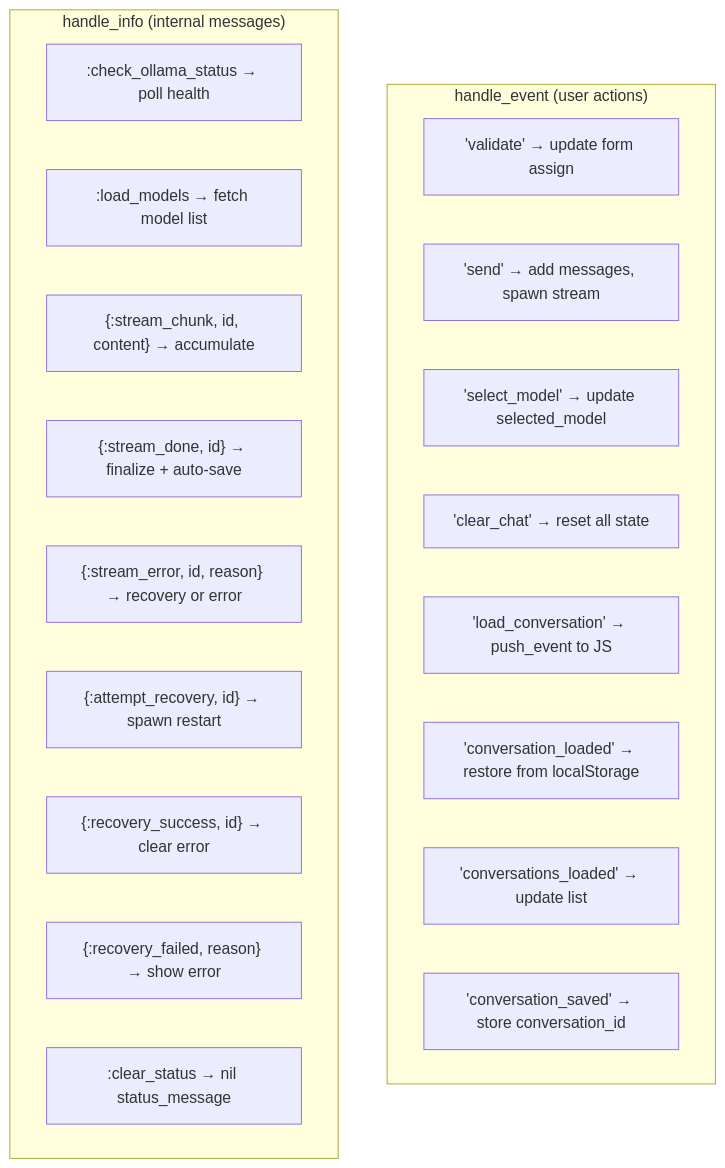
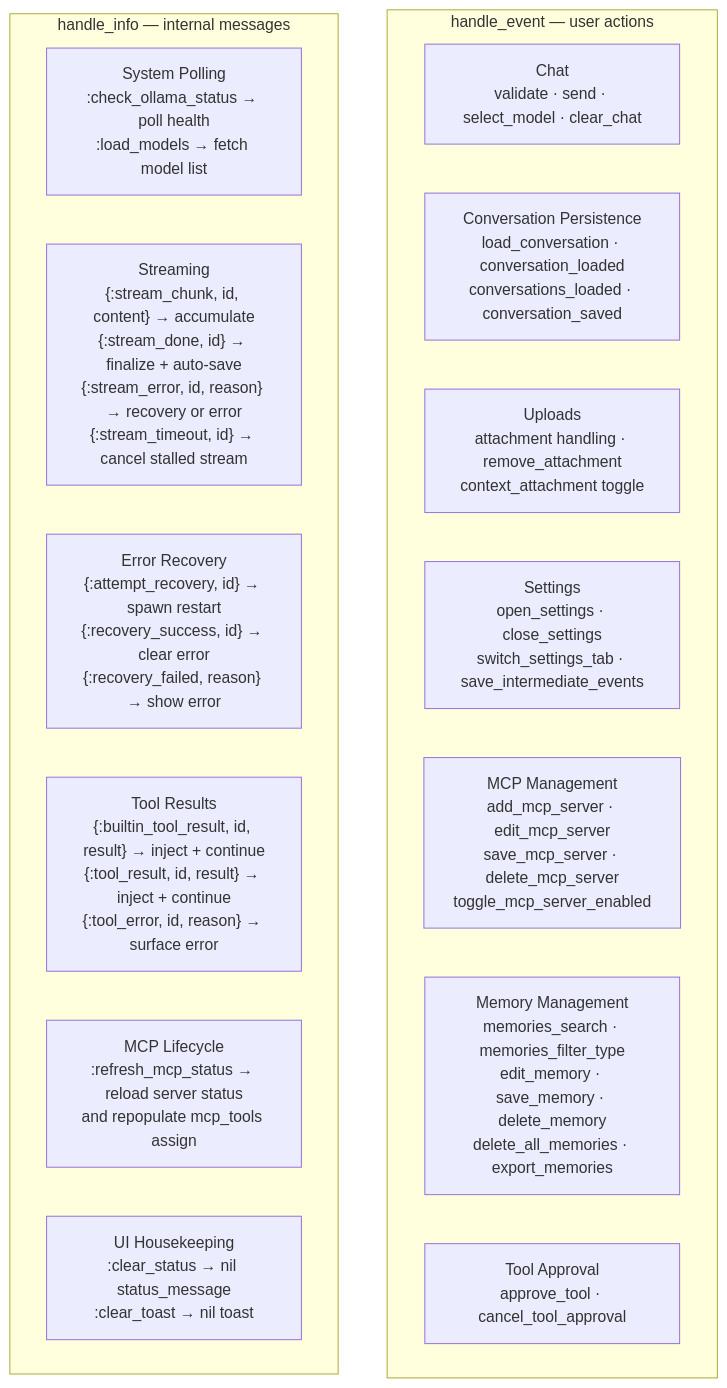
One commit to dmcbane/ollama_chat changed the second of 3 diagrams in docs/diagrams/05-liveview-state.md. Above: the diagram before and after it, drawn with Mermaid. The commit also changed other lines of this file and 5 other files, not shown here.

First line of the commit message:
docs: update diagrams and documentation for Phase 6 completion

````diff
--- a/docs/diagrams/05-liveview-state.md
+++ b/docs/diagrams/05-liveview-state.md
@@ -36,25 +69,21 @@
 ```mermaid
 graph TD
-    subgraph "handle_event (user actions)"
-        E1["'validate' → update form assign"]
-        E2["'send' → add messages, spawn stream"]
-        E3["'select_model' → update selected_model"]
-        E4["'clear_chat' → reset all state"]
-        E5["'load_conversation' → push_event to JS"]
-        E6["'conversation_loaded' → restore from localStorage"]
-        E7["'conversations_loaded' → update list"]
-        E8["'conversation_saved' → store conversation_id"]
+    subgraph HE["handle_event — user actions"]
+        HE1["Chat<br/>validate · send · select_model · clear_chat"]
+        HE2["Conversation Persistence<br/>load_conversation · conversation_loaded<br/>conversations_loaded · conversation_saved"]
+        HE3["Uploads<br/>attachment handling · remove_attachment<br/>context_attachment toggle"]
+        HE4["Settings<br/>open_settings · close_settings<br/>switch_settings_tab · save_intermediate_events"]
+        HE5["MCP Management<br/>add_mcp_server · edit_mcp_server<br/>save_mcp_server · delete_mcp_server<br/>toggle_mcp_server_enabled"]
+        HE6["Memory Management<br/>memories_search · memories_filter_type<br/>edit_memory · save_memory · delete_memory<br/>delete_all_memories · export_memories"]
+        HE7["Tool Approval<br/>approve_tool · cancel_tool_approval"]
     end
 
-    subgraph "handle_info (internal messages)"
-        I1[":check_ollama_status → poll health"]
-        I2[":load_models → fetch model list"]
-        I3["{:stream_chunk, id, content} → accumulate"]
-        I4["{:stream_done, id} → finalize + auto-save"]
-        I5["{:stream_error, id, reason} → recovery or error"]
-        I6["{:attempt_recovery, id} → spawn restart"]
-        I7["{:recovery_success, id} → clear error"]
-        I8["{:recovery_failed, reason} → show error"]
-        I9[":clear_status → nil status_message"]
+    subgraph HI["handle_info — internal messages"]
+        HI1["System Polling<br/>:check_ollama_status → poll health<br/>:load_models → fetch model list"]
+        HI2["Streaming<br/>{:stream_chunk, id, content} → accumulate<br/>{:stream_done, id} → finalize + auto-save<br/>{:stream_error, id, reason} → recovery or error<br/>{:stream_timeout, id} → cancel stalled stream"]
+        HI3["Error Recovery<br/>{:attempt_recovery, id} → spawn restart<br/>{:recovery_success, id} → clear error<br/>{:recovery_failed, reason} → show error"]
+        HI4["Tool Results<br/>{:builtin_tool_result, id, result} → inject + continue<br/>{:tool_result, id, result} → inject + continue<br/>{:tool_error, id, reason} → surface error"]
+        HI5["MCP Lifecycle<br/>:refresh_mcp_status → reload server status<br/>and repopulate mcp_tools assign"]
+        HI6["UI Housekeeping<br/>:clear_status → nil status_message<br/>:clear_toast → nil toast"]
     end
 ```
````
